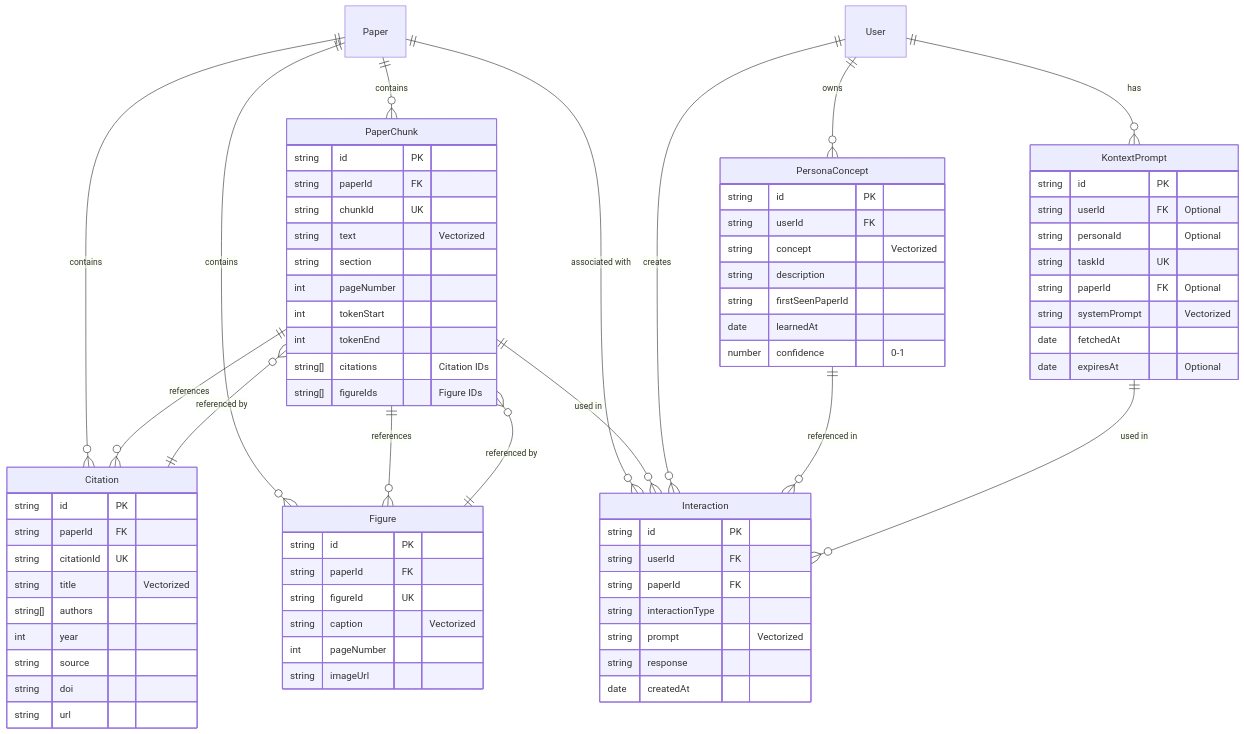
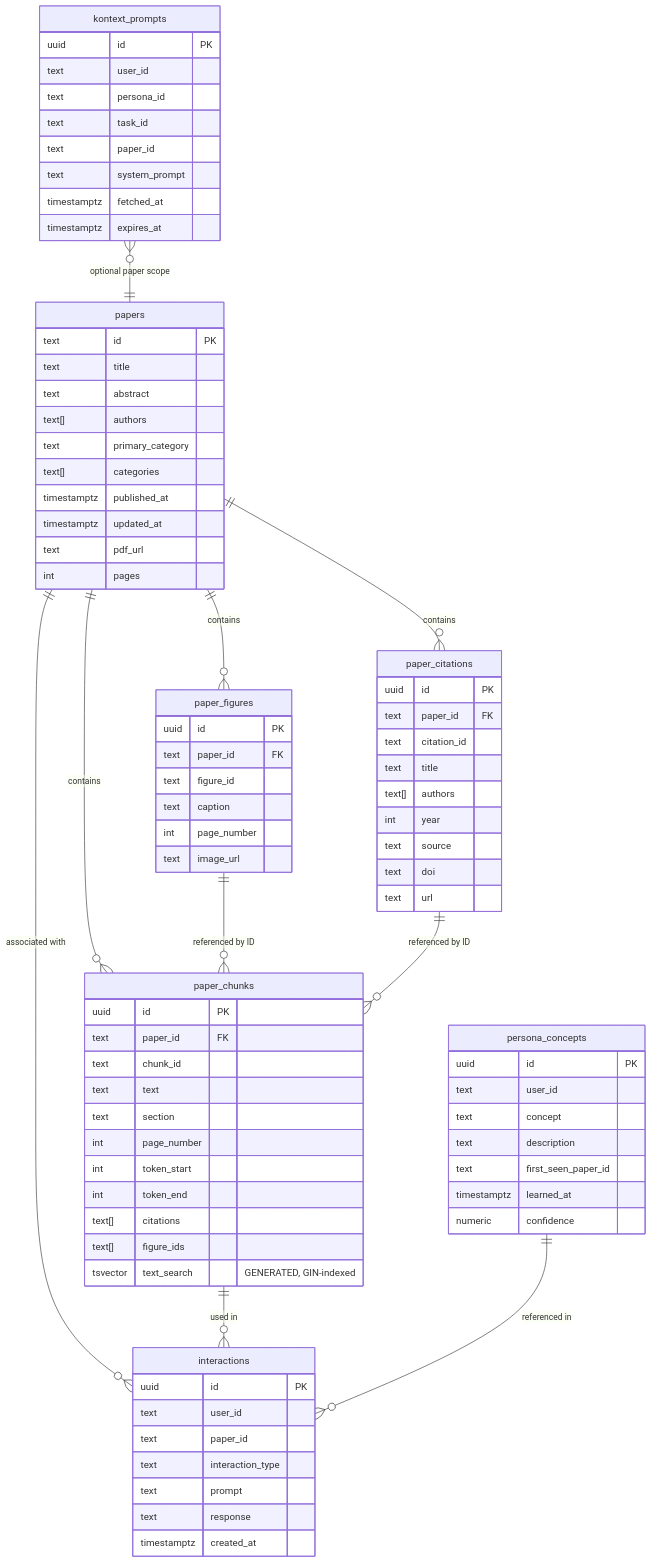
One commit to berdyh/readable changed the first of 4 diagrams in docs/database-structure.md. Above: the diagram before and after it, drawn with Mermaid. The commit also changed other lines of this file and 7 other files, not shown here.

First line of the commit message:
docs: rewrite for Postgres + Qdrant architecture

````diff
--- a/docs/database-structure.md
+++ b/docs/database-structure.md
@@ -17,86 +20,93 @@
 ```mermaid
 erDiagram
-    Paper ||--o{ PaperChunk : "contains"
-    Paper ||--o{ Figure : "contains"
-    Paper ||--o{ Citation : "contains"
-    Paper ||--o{ Interaction : "associated with"
+    papers ||--o{ paper_chunks : "contains"
+    papers ||--o{ paper_figures : "contains"
+    papers ||--o{ paper_citations : "contains"
+    papers ||--o{ interactions : "associated with"
 
-    PaperChunk ||--o{ Citation : "references"
-    PaperChunk ||--o{ Figure : "references"
-    PaperChunk ||--o{ Interaction : "used in"
+    paper_chunks ||--o{ interactions : "used in"
+    paper_figures ||--o{ paper_chunks : "referenced by ID"
+    paper_citations ||--o{ paper_chunks : "referenced by ID"
 
-    Figure ||--o{ PaperChunk : "referenced by"
-    Citation ||--o{ PaperChunk : "referenced by"
+    persona_concepts ||--o{ interactions : "referenced in"
+    kontext_prompts }o--|| papers : "optional paper scope"
 
-    User ||--o{ PersonaConcept : "owns"
-    User ||--o{ Interaction : "creates"
-    User ||--o{ KontextPrompt : "has"
-
-    PersonaConcept ||--o{ Interaction : "referenced in"
-    KontextPrompt ||--o{ Interaction : "used in"
-
-    PaperChunk {
-        string id PK
-        string paperId FK
-        string chunkId UK
-        string text "Vectorized"
-        string section
-        int pageNumber
-        int tokenStart
-        int tokenEnd
-        string[] citations "Citation IDs"
-        string[] figureIds "Figure IDs"
+    papers {
+        text id PK
+        text title
+        text abstract
+        text[] authors
+        text primary_category
+        text[] categories
+        timestamptz published_at
+        timestamptz updated_at
+        text pdf_url
+        int pages
     }
 
-    Figure {
-        string id PK
-        string paperId FK
-        string figureId UK
-        string caption "Vectorized"
-        int pageNumber
-        string imageUrl
+    paper_chunks {
+        uuid id PK
+        text paper_id FK
+        text chunk_id
+        text text
+        text section
+        int page_number
+        int token_start
+        int token_end
+        text[] citations
+        text[] figure_ids
+        tsvector text_search "GENERATED, GIN-indexed"
     }
 
-    Citation {
-        string id PK
-        string paperId FK
-        string citationId UK
-        string title "Vectorized"
-        string[] authors
-        int year
-        string source
-        string doi
-        string url
+    paper_figures {
+        uuid id PK
+        text paper_id FK
+        text figure_id
+        text caption
+        int page_number
+        text image_url
     }
 
-    PersonaConcept {
-        string id PK
-        string userId FK
-        string concept "Vectorized"
-        string description
-        string firstSeenPaperId
-        date learnedAt
-        number confidence "0-1"
+    paper_citations {
+        uuid id PK
+        text paper_id FK
+        text citation_id
+        text title
+        text[] authors
+        int year
+        text source
+        text doi
+        text url
     }
 
-    KontextPrompt {
-        string id PK
-        string userId FK "Optional"
-        string personaId "Optional"
-        string taskId UK
-        string paperId FK "Optional"
-        string systemPrompt "Vectorized"
-        date fetchedAt
-        date expiresAt "Optional"
+    persona_concepts {
+        uuid id PK
+        text user_id
+        text concept
+        text description
+        text first_seen_paper_id
+        timestamptz learned_at
+        numeric confidence
     }
 
-    Interaction {
-        string id PK
-        string userId FK
-        string paperId FK
-        string interactionType
-        string prompt "Vectorized"
-        string response
-        date createdAt
+    interactions {
+        uuid id PK
+        text user_id
+        text paper_id
+        text interaction_type
+        text prompt
+        text response
+        timestamptz created_at
+    }
+
+    kontext_prompts {
+        uuid id PK
+        text user_id
+        text persona_id
+        text task_id
+        text paper_id
+        text system_prompt
+        timestamptz fetched_at
+        timestamptz expires_at
     }
 ```
````
